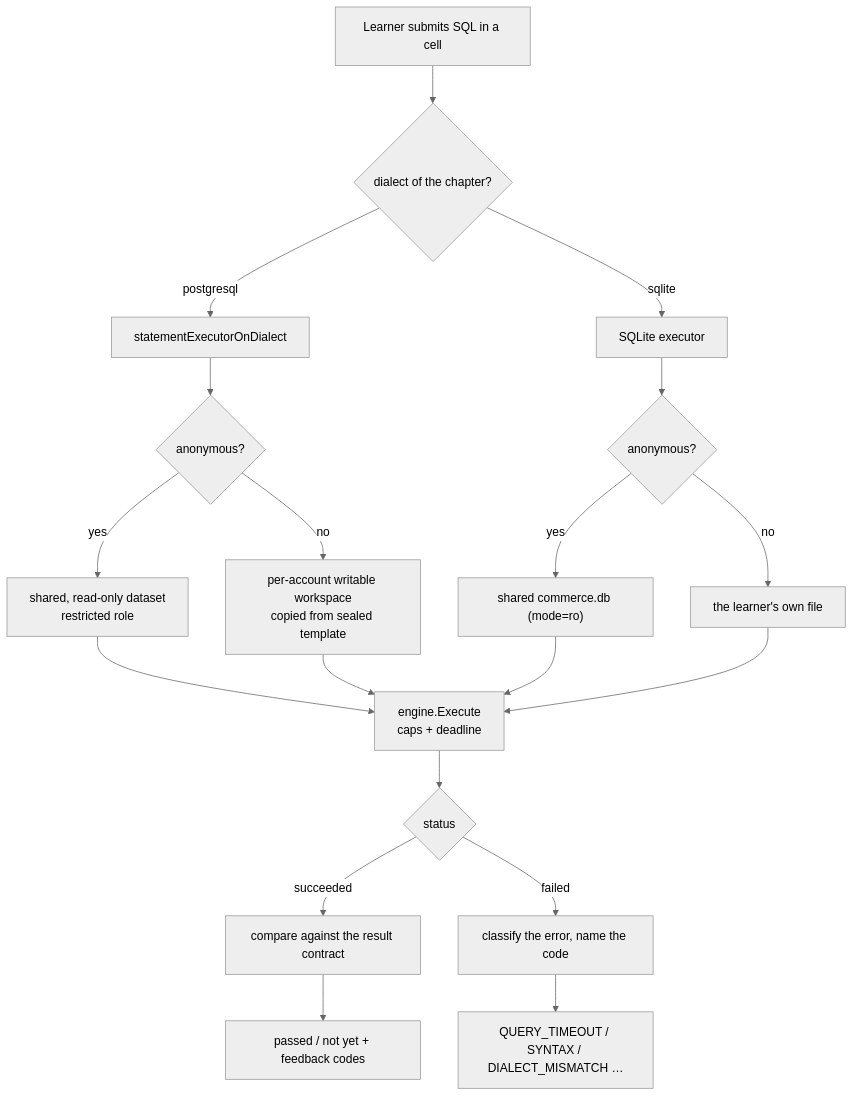
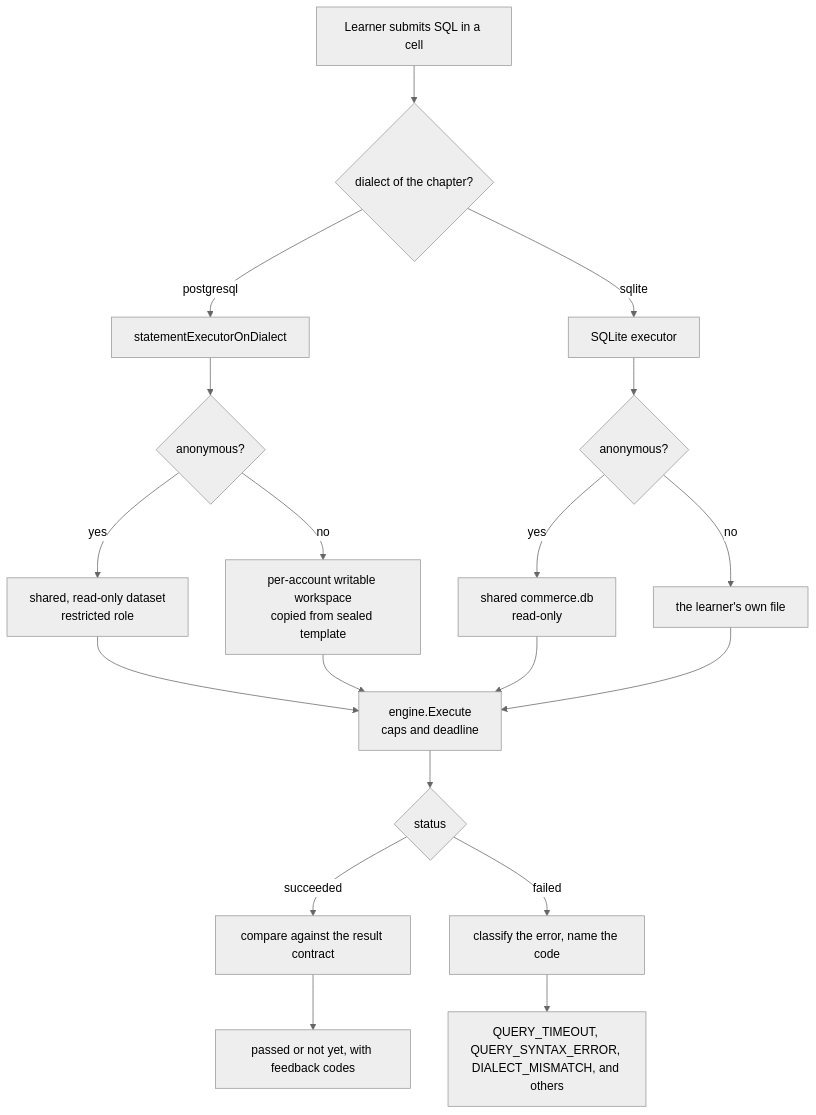
The fourth of 8 diagrams in docs/architecture.md (theakhandpatel/querycraft), drawn with Mermaid (neutral theme) before and after one commit. The commit also changed other lines of this file and 21 other files, not shown here.

````diff
--- a/docs/architecture.md
+++ b/docs/architecture.md
@@ -138,21 +136,21 @@
 ```mermaid
 flowchart TD
   A["Learner submits SQL in a cell"] --> B{"dialect of the chapter?"}
   B -->|postgresql| C["statementExecutorOnDialect"]
   B -->|sqlite| D["SQLite executor"]
   C --> E{"anonymous?"}
   E -->|yes| F["shared, read-only dataset<br/>restricted role"]
   E -->|no| G["per-account writable workspace<br/>copied from sealed template"]
   D --> H{"anonymous?"}
-  H -->|yes| I["shared commerce.db (mode=ro)"]
+  H -->|yes| I["shared commerce.db<br/>read-only"]
   H -->|no| J["the learner's own file"]
-  F --> K["engine.Execute<br/>caps + deadline"]
+  F --> K["engine.Execute<br/>caps and deadline"]
   G --> K
   I --> K
   J --> K
   K --> L{"status"}
   L -->|succeeded| M["compare against the result contract"]
   L -->|failed| N["classify the error, name the code"]
-  M --> O["passed / not yet + feedback codes"]
-  N --> P["QUERY_TIMEOUT / SYNTAX / DIALECT_MISMATCH …"]
+  M --> O["passed or not yet, with feedback codes"]
+  N --> P["QUERY_TIMEOUT, QUERY_SYNTAX_ERROR, DIALECT_MISMATCH, and others"]
 ```
````
